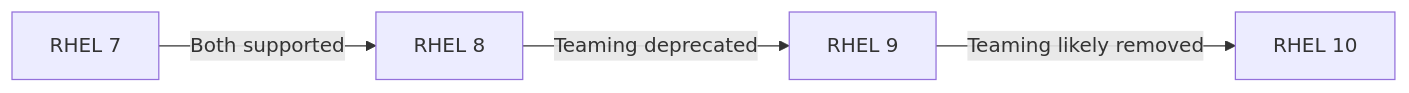
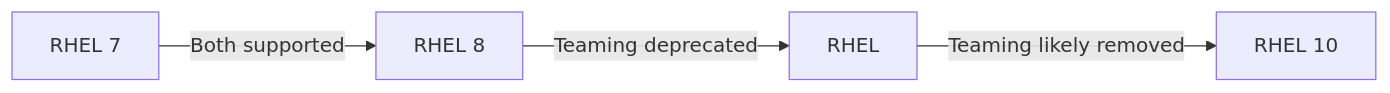
One commit to OneUptime/blog changed the diagram in posts/2026-03-04-decide-network-bonding-vs-teaming-rhel/README.md. Above: the diagram before and after it, drawn with Mermaid. The commit also changed other lines of this file and 4866 other files, not shown here.

````diff
--- a/posts/2026-03-04-decide-network-bonding-vs-teaming-rhel/README.md
+++ b/posts/2026-03-04-decide-network-bonding-vs-teaming-rhel/README.md
@@ -23,6 +23,6 @@
 ```mermaid
 graph LR
     A[RHEL 7] -->|Both supported| B[RHEL 8]
-    B -->|Teaming deprecated| C[RHEL 9]
+    B -->|Teaming deprecated| C[RHEL]
     C -->|Teaming likely removed| D[RHEL 10]
 ```
````
